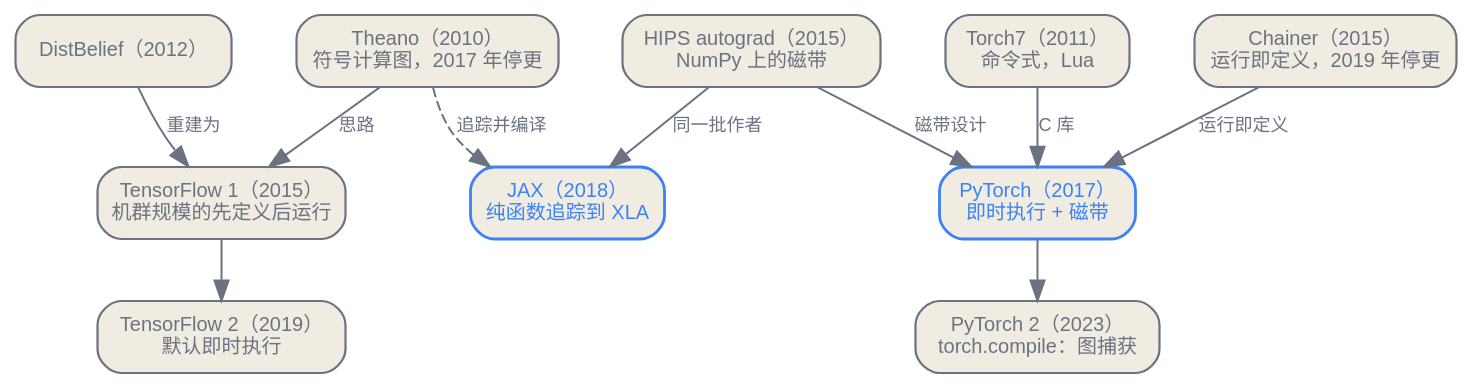
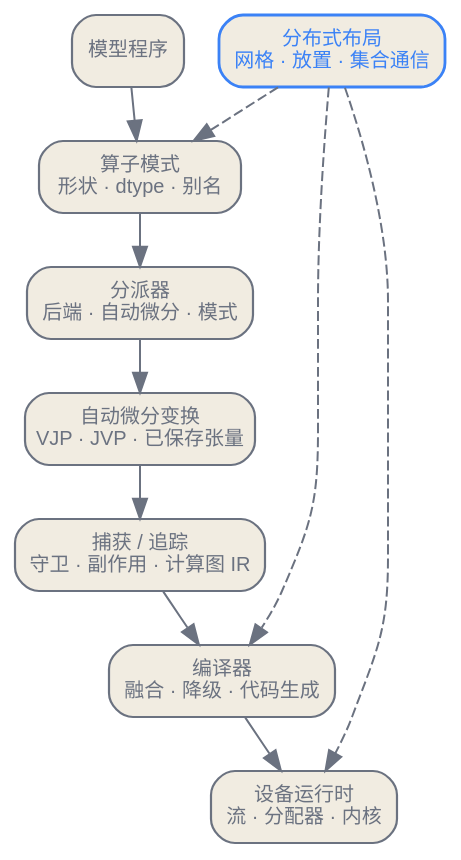
Before and after one commit to latere-ai/ai-as-an-infrastructure: the second of 2 diagrams in zh/infrastructure/02-frameworks-autodiff.qmd, drawn with Graphviz. The commit also changed other lines of this file and 1 other file, not shown here.

Commit message:
docs: rewrite Chinese frameworks chapter

````diff
--- a/zh/infrastructure/02-frameworks-autodiff.qmd
+++ b/zh/infrastructure/02-frameworks-autodiff.qmd
@@ -89,32 +221,25 @@
 ```{dot}
-//| label: fig-frameworks-autodiff-familytree
-//| fig-cap: "框架族谱。左边是「先定义后运行」一系，右边是「运行即定义」一系，两边互相借招十年，最后收敛到同一个设计点：即时语义，底下做图捕获。"
-digraph familytree {
+//| label: fig-frameworks-autodiff-contract
+//| fig-cap: "一个张量操作会穿过多份框架契约。形状与别名语义从算子模式开始；变换、编译、运行时调度和分布式放置必须提供相容规则，设备内核才能执行。"
+digraph contract {
   bgcolor="transparent";
   rankdir=TB;
-  nodesep=0.45; ranksep=0.4;
+  nodesep=0.24; ranksep=0.38;
   node [shape=box, style="rounded,filled", fontname="Helvetica", fontsize=10, color="#6b7280", fontcolor="#6b7280", fillcolor="#f1ece1", penwidth=1.1];
   edge [fontsize=9, fontname="Helvetica", color="#6b7280", fontcolor="#6b7280"];
 
-  theano  [label="Theano（2010）\n符号计算图，2017 年停更"];
-  db      [label="DistBelief（2012）"];
-  tf      [label="TensorFlow 1（2015）\n机群规模的先定义后运行"];
-  tf2     [label="TensorFlow 2（2019）\n默认即时执行"];
-  torch7  [label="Torch7（2011）\n命令式，Lua"];
-  chainer [label="Chainer（2015）\n运行即定义，2019 年停更"];
-  hips    [label="HIPS autograd（2015）\nNumPy 上的磁带"];
-  pytorch [label="PyTorch（2017）\n即时执行 + 磁带", color="#3b82f6", fontcolor="#3b82f6", penwidth=1.4];
-  pt2     [label="PyTorch 2（2023）\ntorch.compile：图捕获"];
-  jax     [label="JAX（2018）\n纯函数追踪到 XLA", color="#3b82f6", fontcolor="#3b82f6", penwidth=1.4];
+  code [label="模型程序"];
+  schema [label="算子模式\n形状 · dtype · 别名"];
+  dispatch [label="分派器\n后端 · 自动微分 · 模式"];
+  ad [label="自动微分变换\nVJP · JVP · 已保存张量"];
+  capture [label="捕获 / 追踪\n守卫 · 副作用 · 计算图 IR"];
+  compiler [label="编译器\n融合 · 降级 · 代码生成"];
+  runtime [label="设备运行时\n流 · 分配器 · 内核"];
+  layout [label="分布式布局\n网格 · 放置 · 集合通信", color="#3b82f6", fontcolor="#3b82f6", penwidth=1.4];
 
-  theano -> tf [label="思路"];
-  db -> tf [label="重建为"];
-  tf -> tf2;
-  torch7 -> pytorch [label="C 库"];
-  chainer -> pytorch [label="运行即定义"];
-  hips -> pytorch [label="磁带设计"];
-  hips -> jax [label="同一批作者"];
-  theano -> jax [label="追踪并编译", style=dashed];
-  pytorch -> pt2;
+  code -> schema -> dispatch -> ad -> capture -> compiler -> runtime;
+  layout -> schema [style=dashed];
+  layout -> compiler [style=dashed];
+  layout -> runtime [style=dashed];
 }
 ```
````
